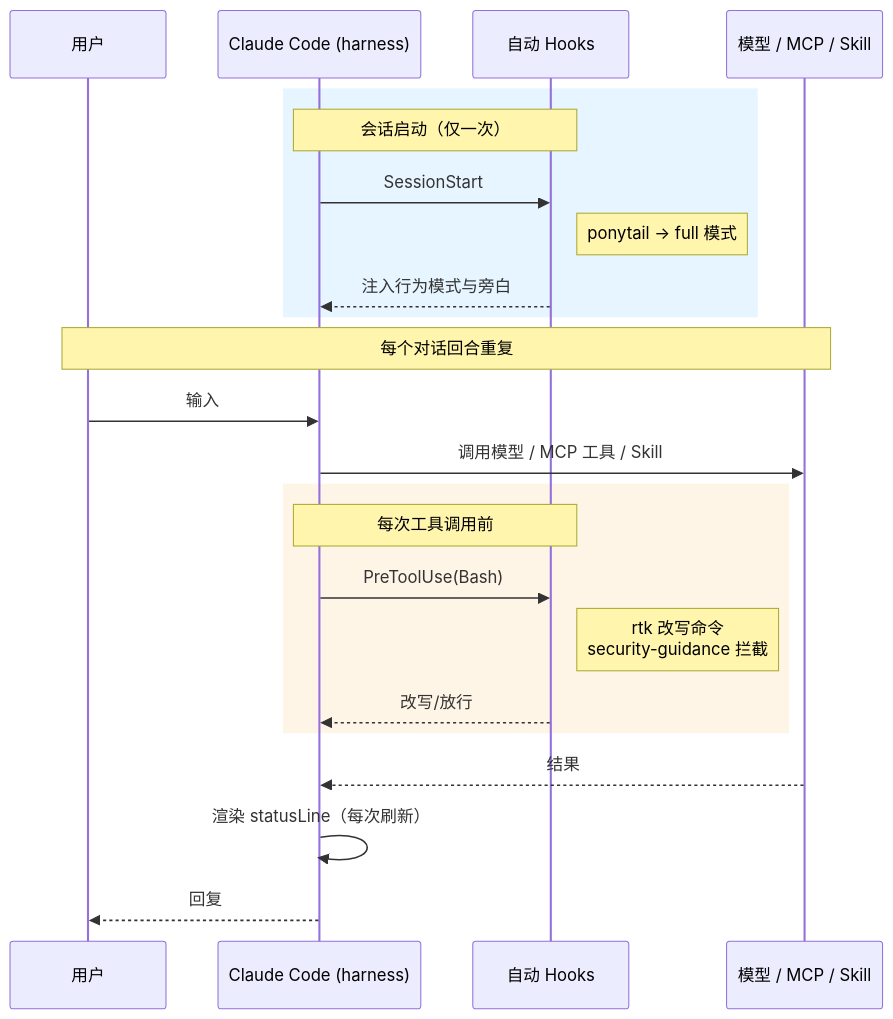
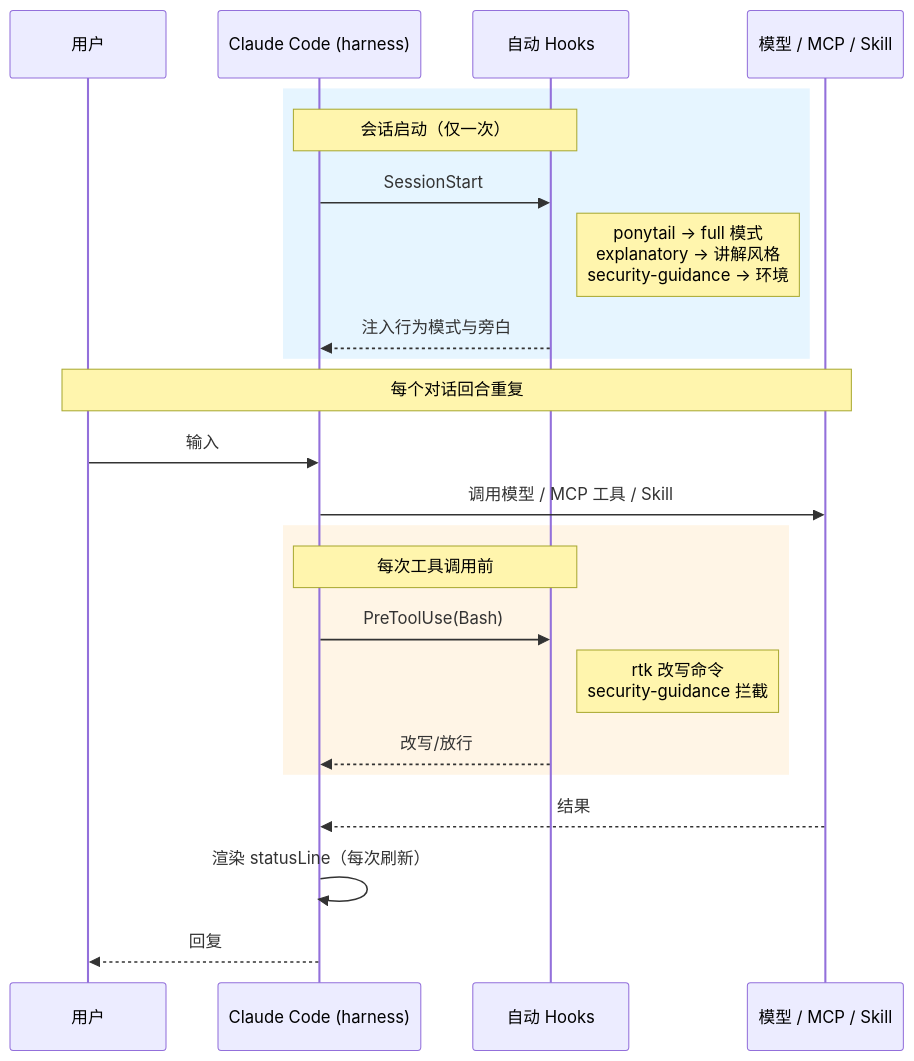
One commit to luguosong/obsidian-note changed the diagram in 01-编程笔记/Ai/编程智能体/Claude Code/claude code已安装的扩展和配置.md. Above: the diagram before and after it, drawn with Mermaid. The commit also changed other lines of this file and 1 other file, not shown here.

````diff
--- a/01-编程笔记/Ai/编程智能体/Claude Code/claude code已安装的扩展和配置.md
+++ b/01-编程笔记/Ai/编程智能体/Claude Code/claude code已安装的扩展和配置.md
@@ -39,29 +40,29 @@
 ```mermaid
 sequenceDiagram
     participant U as 用户
     participant CC as Claude Code (harness)
     participant H as 自动 Hooks
     participant X as 模型 / MCP / Skill
 
     rect rgb(230, 245, 255)
     Note over CC,H: 会话启动（仅一次）
     CC->>H: SessionStart
-    Note right of H: ponytail → full 模式
+    Note right of H: ponytail → full 模式<br/>explanatory → 讲解风格<br/>security-guidance → 环境
     H-->>CC: 注入行为模式与旁白
     end
 
     Note over U,X: 每个对话回合重复
     U->>CC: 输入
     CC->>X: 调用模型 / MCP 工具 / Skill
 
     rect rgb(255, 245, 230)
     Note over CC,H: 每次工具调用前
     CC->>H: PreToolUse(Bash)
     Note right of H: rtk 改写命令<br/>security-guidance 拦截
     H-->>CC: 改写/放行
     end
 
     X-->>CC: 结果
     CC->>CC: 渲染 statusLine（每次刷新）
     CC-->>U: 回复
 ```
````
